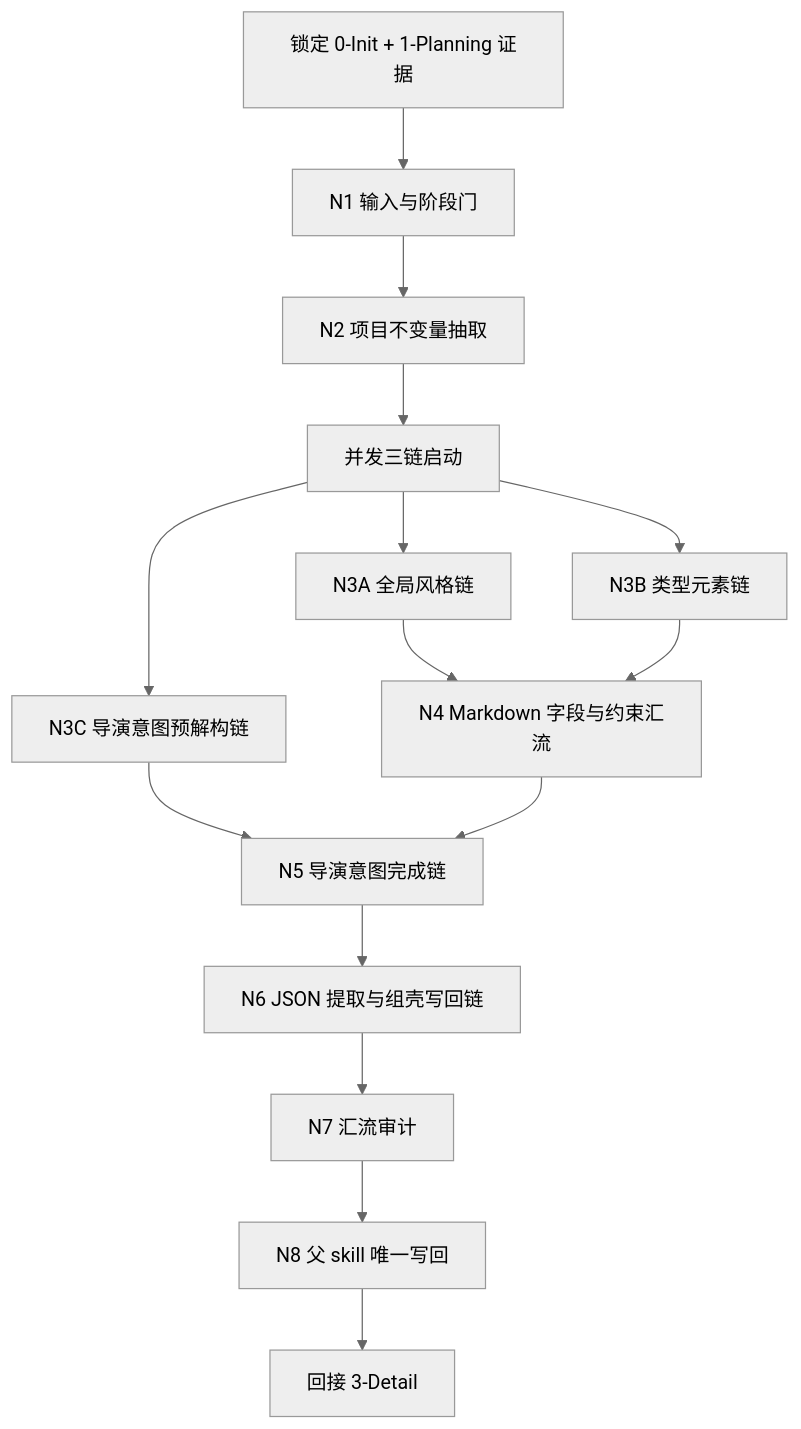
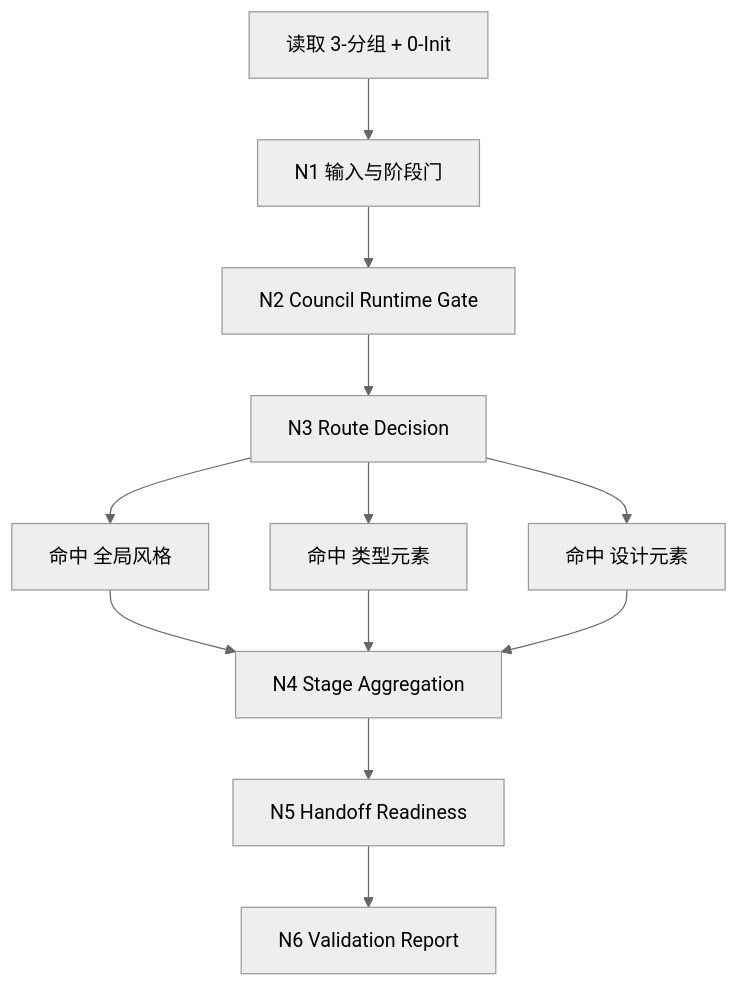
Before and after one commit to ZEN-VOID/AI-CUT: the first of 3 diagrams in .agents/skills/aigc/2-Global/SKILL.md, drawn with Mermaid (neutral theme). The commit also changed other lines of this file and 307 other files, not shown here.

````diff
--- a/.agents/skills/aigc/2-Global/SKILL.md
+++ b/.agents/skills/aigc/2-Global/SKILL.md
@@ -137,17 +177,14 @@
 ```mermaid
 flowchart TD
-    A["锁定 0-Init + 1-Planning 证据"] --> B["N1 输入与阶段门"]
-    B --> C["N2 项目不变量抽取"]
-    C --> D["并发三链启动"]
-    D --> D1["N3A 全局风格链"]
-    D --> D2["N3B 类型元素链"]
-    D --> D3["N3C 导演意图预解构链"]
-    D1 --> E["N4 Markdown 字段与约束汇流"]
-    D2 --> E
-    D3 --> F["N5 导演意图完成链"]
-    E --> F
-    F --> G["N6 JSON 提取与组壳写回链"]
-    G --> H["N7 汇流审计"]
-    H --> I["N8 父 skill 唯一写回"]
-    I --> J["回接 3-Detail"]
+    A["读取 3-分组 + 0-Init"] --> B["N1 输入与阶段门"]
+    B --> C["N2 Council Runtime Gate"]
+    C --> D["N3 Route Decision"]
+    D --> E["命中 全局风格"]
+    D --> F["命中 类型元素"]
+    D --> G["命中 设计元素"]
+    E --> H["N4 Stage Aggregation"]
+    F --> H
+    G --> H
+    H --> I["N5 Handoff Readiness"]
+    I --> J["N6 Validation Report"]
 ```
````
